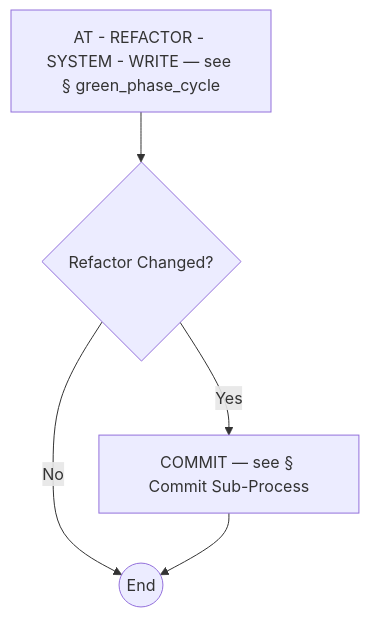
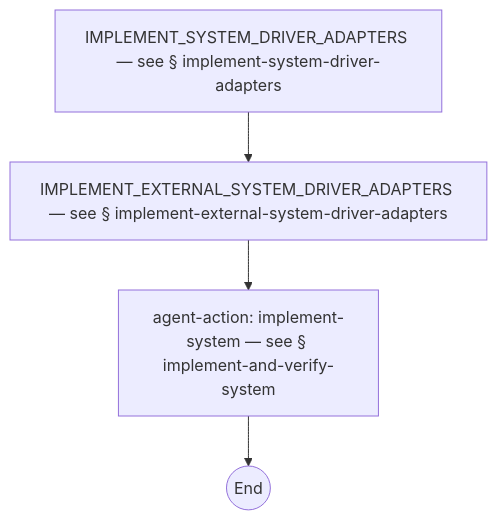
Before and after one commit to optivem/gh-optivem: the tenth of 51 diagrams in docs/process-diagram.md, drawn with Mermaid. The commit also changed other lines of this file and 13 other files, not shown here.

First line of the commit message:
plans/bpmn-refactor: Item 3 (Phase C.3) — full YAML migration to TOP/CYCLE/HIGH/MID/LOW

````diff
--- a/docs/process-diagram.md
+++ b/docs/process-diagram.md
@@ -363,12 +187,11 @@
 ```mermaid
 flowchart TD
-    AR_END((End))
-    AT_REFACTOR[AT - REFACTOR - SYSTEM - WRITE — see § green_phase_cycle]
-    COMMIT[COMMIT — see § Commit Sub-Process]
-    GATE_REFACTOR_CHANGED{Refactor Changed?}
+    IMPLEMENT_AND_VERIFY_SYSTEM[agent-action: implement-system — see § implement-and-verify-system]
+    IMPLEMENT_EXTERNAL_SYSTEM_DRIVER_ADAPTERS[IMPLEMENT_EXTERNAL_SYSTEM_DRIVER_ADAPTERS — see § implement-external-system-driver-adapters]
+    IMPLEMENT_SYSTEM_DRIVER_ADAPTERS[IMPLEMENT_SYSTEM_DRIVER_ADAPTERS — see § implement-system-driver-adapters]
+    REDESIGN_END((End))
 
-    AT_REFACTOR --> GATE_REFACTOR_CHANGED
-    GATE_REFACTOR_CHANGED -- Yes --> COMMIT
-    GATE_REFACTOR_CHANGED -- No --> AR_END
-    COMMIT --> AR_END
+    IMPLEMENT_SYSTEM_DRIVER_ADAPTERS --> IMPLEMENT_EXTERNAL_SYSTEM_DRIVER_ADAPTERS
+    IMPLEMENT_EXTERNAL_SYSTEM_DRIVER_ADAPTERS --> IMPLEMENT_AND_VERIFY_SYSTEM
+    IMPLEMENT_AND_VERIFY_SYSTEM --> REDESIGN_END
 ```
````
